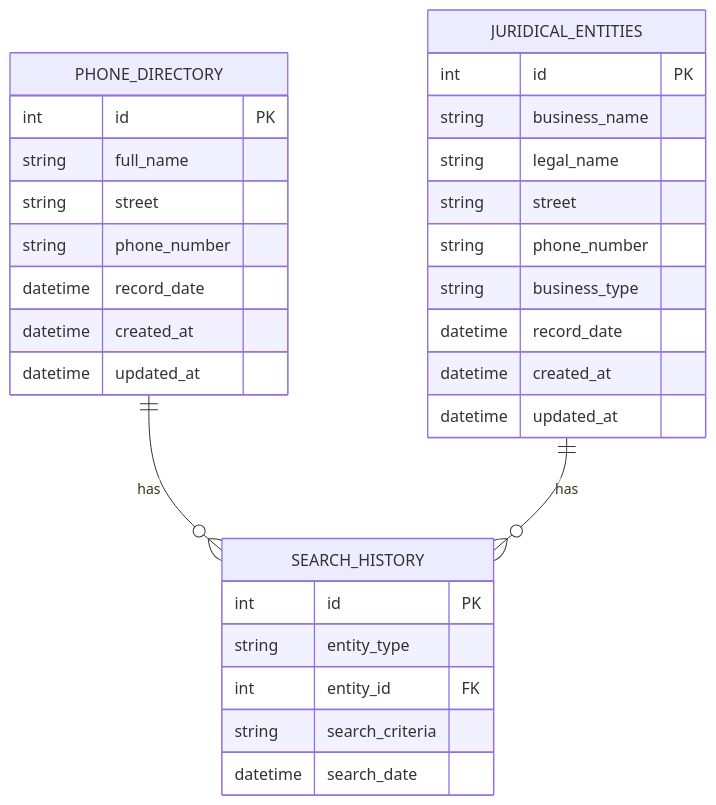
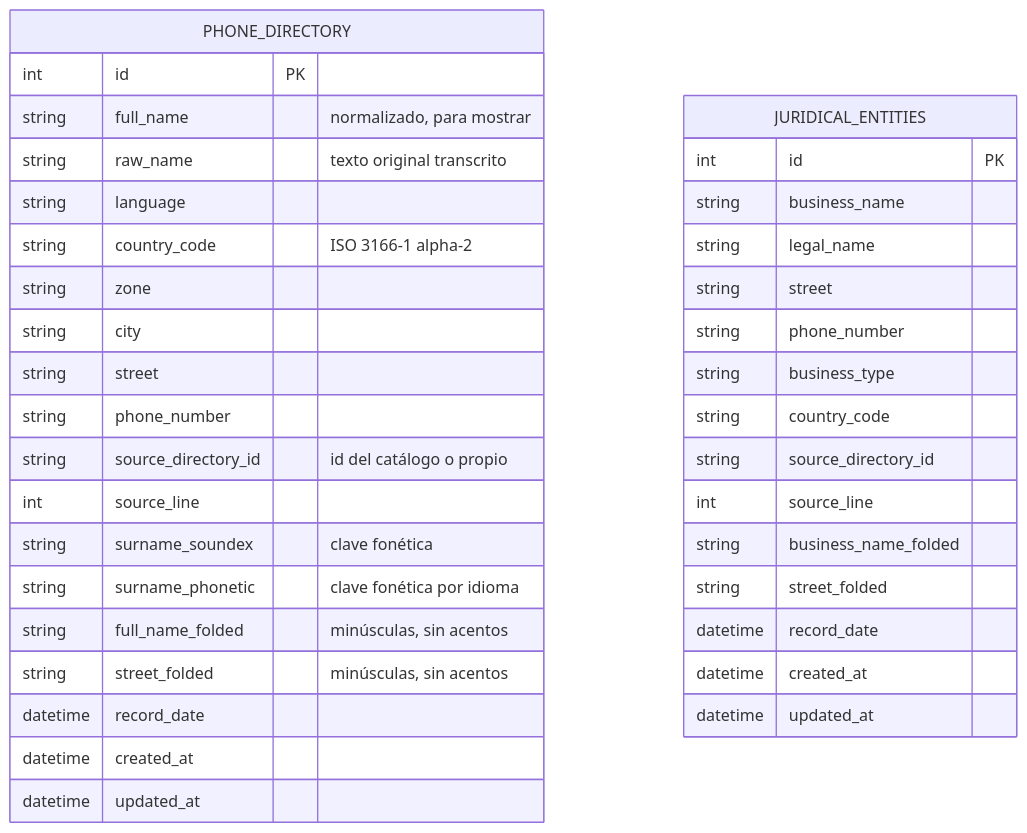
The seventh of 11 diagrams in src/PhoneDirectory/ARCHITECTURE.md (lol-protocol/php), drawn with Mermaid before and after one commit. The commit also changed other lines of this file and 7 other files, not shown here.

````diff
--- a/src/PhoneDirectory/ARCHITECTURE.md
+++ b/src/PhoneDirectory/ARCHITECTURE.md
@@ -198,35 +289,40 @@
 ```mermaid
 erDiagram
-    PHONE_DIRECTORY ||--o{ SEARCH_HISTORY : has
-    JURIDICAL_ENTITIES ||--o{ SEARCH_HISTORY : has
-    
     PHONE_DIRECTORY {
         int id PK
-        string full_name
+        string full_name "normalizado, para mostrar"
+        string raw_name "texto original transcrito"
+        string language
+        string country_code "ISO 3166-1 alpha-2"
+        string zone
+        string city
         string street
         string phone_number
+        string source_directory_id "id del catálogo o propio"
+        int source_line
+        string surname_soundex "clave fonética"
+        string surname_phonetic "clave fonética por idioma"
+        string full_name_folded "minúsculas, sin acentos"
+        string street_folded "minúsculas, sin acentos"
         datetime record_date
         datetime created_at
         datetime updated_at
     }
-    
+
     JURIDICAL_ENTITIES {
         int id PK
         string business_name
         string legal_name
         string street
         string phone_number
         string business_type
+        string country_code
+        string source_directory_id
+        int source_line
+        string business_name_folded
+        string street_folded
         datetime record_date
         datetime created_at
         datetime updated_at
     }
-    
-    SEARCH_HISTORY {
-        int id PK
-        string entity_type
-        int entity_id FK
-        string search_criteria
-        datetime search_date
-    }
 ```
````
